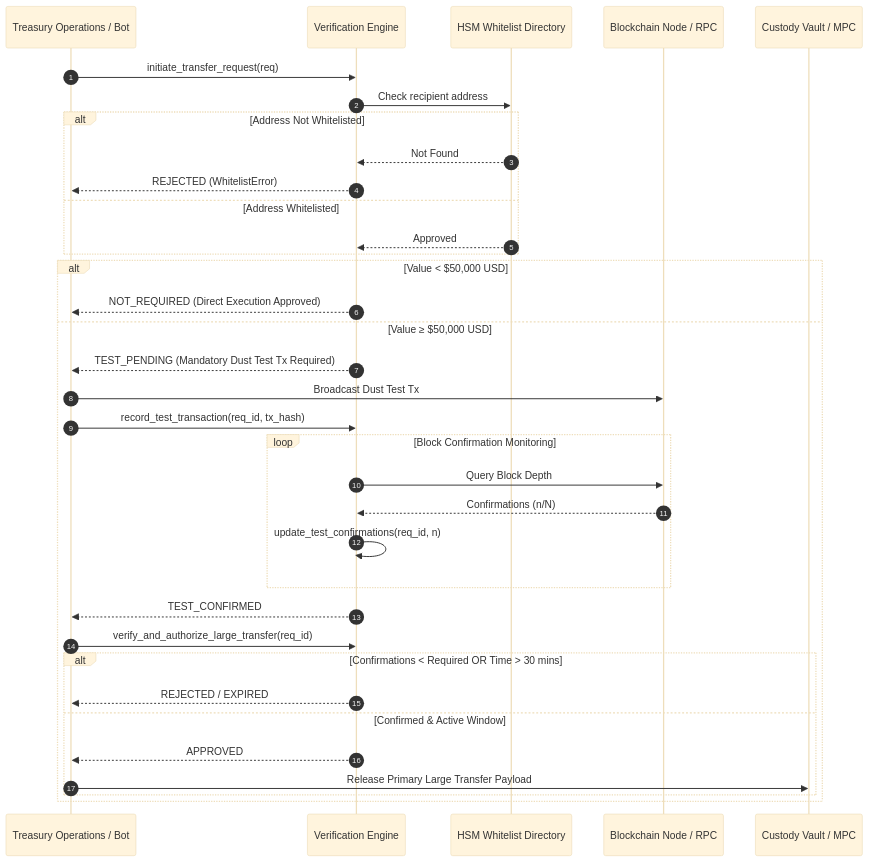
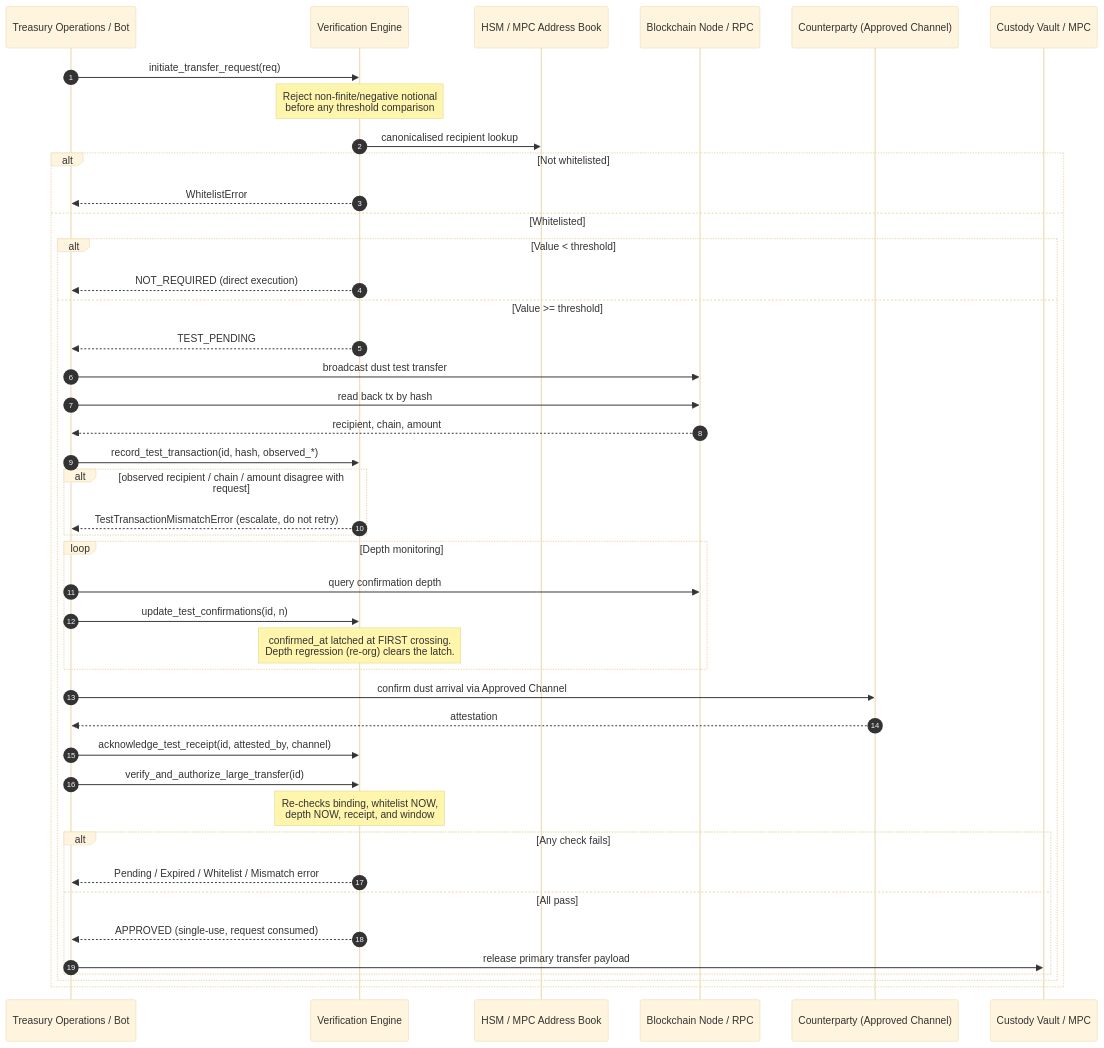
The first of 3 diagrams in skills/test-transaction-verification-before-large-transfers/references/workflows.md (HimanshuJ16/Algo-Trading-Skills), drawn with Mermaid (base theme) before and after one commit. The commit also changed other lines of this file and 443 other files, not shown here.

````diff
--- a/skills/test-transaction-verification-before-large-transfers/references/workflows.md
+++ b/skills/test-transaction-verification-before-large-transfers/references/workflows.md
@@ -4,42 +10,50 @@
 ```mermaid
 sequenceDiagram
     autonumber
     participant Ops as Treasury Operations / Bot
     participant Engine as Verification Engine
-    participant Whitelist as HSM Whitelist Directory
+    participant Whitelist as HSM / MPC Address Book
     participant Chain as Blockchain Node / RPC
+    participant CP as Counterparty (Approved Channel)
     participant Custody as Custody Vault / MPC
 
     Ops->>Engine: initiate_transfer_request(req)
-    Engine->>Whitelist: Check recipient address
-    alt Address Not Whitelisted
-        Whitelist-->>Engine: Not Found
-        Engine-->>Ops: REJECTED (WhitelistError)
-    else Address Whitelisted
-        Whitelist-->>Engine: Approved
-    end
+    Note over Engine: Reject non-finite/negative notional<br/>before any threshold comparison
+    Engine->>Whitelist: canonicalised recipient lookup
+    alt Not whitelisted
+        Engine-->>Ops: WhitelistError
+    else Whitelisted
+        alt Value < threshold
+            Engine-->>Ops: NOT_REQUIRED (direct execution)
+        else Value >= threshold
+            Engine-->>Ops: TEST_PENDING
 
-    alt Value < $50,000 USD
-        Engine-->>Ops: NOT_REQUIRED (Direct Execution Approved)
-    else Value ≥ $50,000 USD
-        Engine-->>Ops: TEST_PENDING (Mandatory Dust Test Tx Required)
-        Ops->>Chain: Broadcast Dust Test Tx
-        Ops->>Engine: record_test_transaction(req_id, tx_hash)
-        
-        loop Block Confirmation Monitoring
-            Engine->>Chain: Query Block Depth
-            Chain-->>Engine: Confirmations (n/N)
-            Engine->>Engine: update_test_confirmations(req_id, n)
-        end
-        
-        Engine-->>Ops: TEST_CONFIRMED
-        
-        Ops->>Engine: verify_and_authorize_large_transfer(req_id)
-        alt Confirmations < Required OR Time > 30 mins
-            Engine-->>Ops: REJECTED / EXPIRED
-        else Confirmed & Active Window
-            Engine-->>Ops: APPROVED
-            Ops->>Custody: Release Primary Large Transfer Payload
+            Ops->>Chain: broadcast dust test transfer
+            Ops->>Chain: read back tx by hash
+            Chain-->>Ops: recipient, chain, amount
+            Ops->>Engine: record_test_transaction(id, hash, observed_*)
+            alt observed recipient / chain / amount disagree with request
+                Engine-->>Ops: TestTransactionMismatchError (escalate, do not retry)
+            end
+
+            loop Depth monitoring
+                Ops->>Chain: query confirmation depth
+                Ops->>Engine: update_test_confirmations(id, n)
+                Note over Engine: confirmed_at latched at FIRST crossing.<br/>Depth regression (re-org) clears the latch.
+            end
+
+            Ops->>CP: confirm dust arrival via Approved Channel
+            CP-->>Ops: attestation
+            Ops->>Engine: acknowledge_test_receipt(id, attested_by, channel)
+
+            Ops->>Engine: verify_and_authorize_large_transfer(id)
+            Note over Engine: Re-checks binding, whitelist NOW,<br/>depth NOW, receipt, and window
+            alt Any check fails
+                Engine-->>Ops: Pending / Expired / Whitelist / Mismatch error
+            else All pass
+                Engine-->>Ops: APPROVED (single-use, request consumed)
+                Ops->>Custody: release primary transfer payload
+            end
         end
     end
 ```
````
